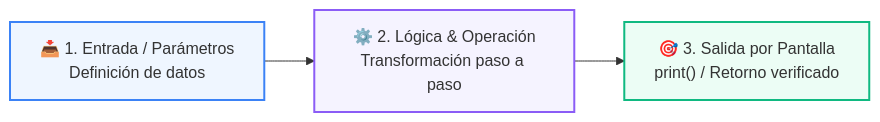
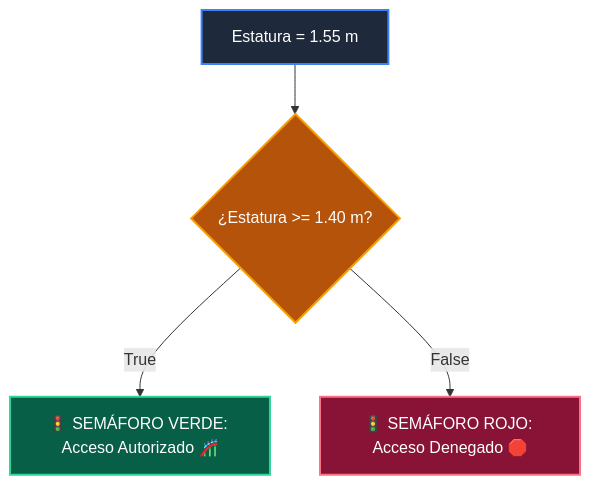
The diagram in 01-fundamentos-python/clase-01-panorama-general/ejemplos/ejemplo_03_if_el_semaforo_de_decisiones/README.md (wisrovi/wisrovi-python), drawn with Mermaid before and after one commit. The commit also changed other lines of this file and 271 other files, not shown here.

Commit message:
docs: rewrite all README.md files with bespoke topic-specific Mermaid diagrams and remove repetitive boilerplate

````diff
--- a/01-fundamentos-python/clase-01-panorama-general/ejemplos/ejemplo_03_if_el_semaforo_de_decisiones/README.md
+++ b/01-fundamentos-python/clase-01-panorama-general/ejemplos/ejemplo_03_if_el_semaforo_de_decisiones/README.md
@@ -12,9 +12,11 @@
 ```mermaid
-flowchart LR
-    IN["📥 1. Entrada / Parámetros<br/>Definición de datos"] --> PROC["⚙️ 2. Lógica & Operación<br/>Transformación paso a paso"]
-    PROC --> OUT["🎯 3. Salida por Pantalla<br/>print() / Retorno verificado"]
+flowchart TD
+    DATA["Estatura = 1.55 m"] --> COND{"¿Estatura >= 1.40 m?"}
+    COND -->|True| GREEN["🚦 SEMÁFORO VERDE: Acceso Autorizado 🎢"]
+    COND -->|False| RED["🚦 SEMÁFORO ROJO: Acceso Denegado 🛑"]
 
-    style IN fill:#eff6ff,stroke:#3b82f6,stroke-width:2px
-    style PROC fill:#f5f3ff,stroke:#8b5cf6,stroke-width:2px
-    style OUT fill:#ecfdf5,stroke:#10b981,stroke-width:2px
+    style DATA fill:#1e293b,color:#fff,stroke:#3b82f6,stroke-width:2px
+    style COND fill:#b45309,color:#fff,stroke:#f59e0b,stroke-width:2px
+    style GREEN fill:#065f46,color:#fff,stroke:#34d399,stroke-width:2px
+    style RED fill:#881337,color:#fff,stroke:#fb7185,stroke-width:2px
 ```
````
